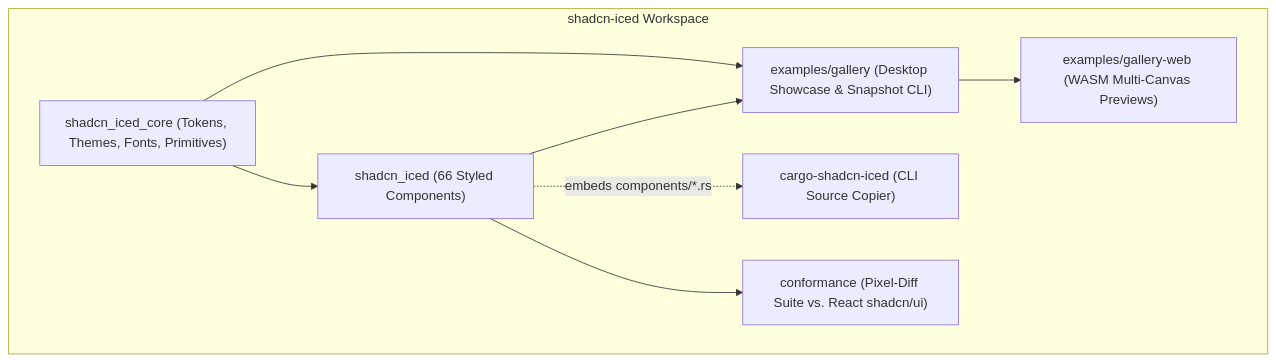
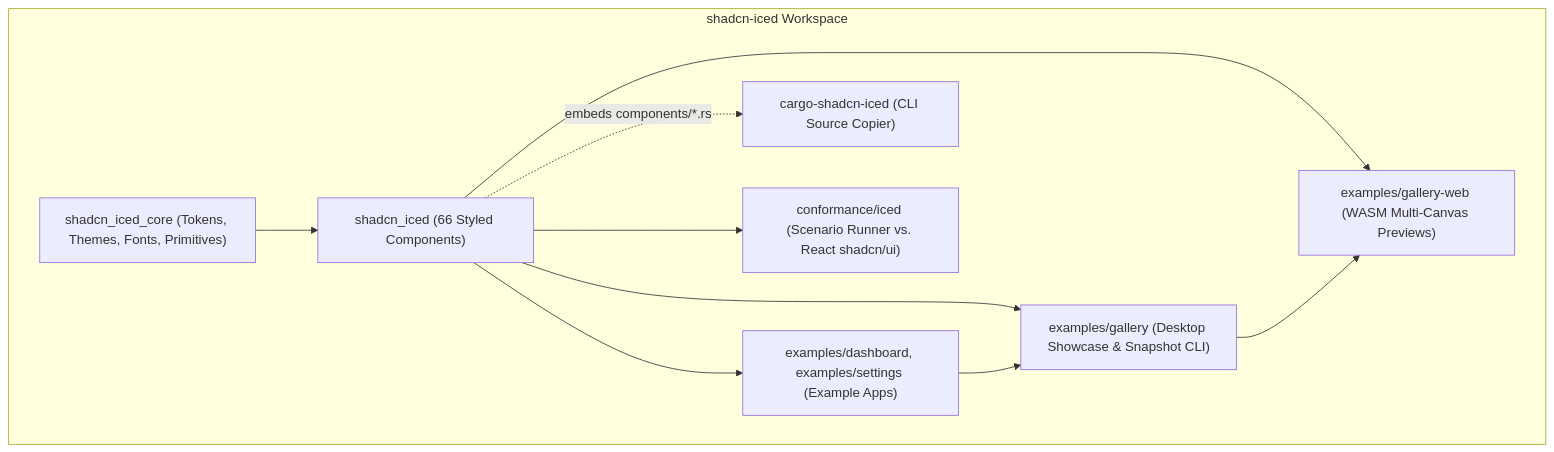
The first of 5 diagrams in docs/architecture.md (r4ai/shadcn-iced), drawn with Mermaid before and after one commit. The commit also changed other lines of this file and 2 other files, not shown here.

````diff
--- a/docs/architecture.md
+++ b/docs/architecture.md
@@ -11,18 +11,21 @@
 ```mermaid
 flowchart TD
     subgraph Workspace["shadcn-iced Workspace"]
         Core["shadcn_iced_core (Tokens, Themes, Fonts, Primitives)"]
         Lib["shadcn_iced (66 Styled Components)"]
         CLI["cargo-shadcn-iced (CLI Source Copier)"]
+        Apps["examples/dashboard, examples/settings (Example Apps)"]
         Gallery["examples/gallery (Desktop Showcase & Snapshot CLI)"]
         Web["examples/gallery-web (WASM Multi-Canvas Previews)"]
-        Conf["conformance (Pixel-Diff Suite vs. React shadcn/ui)"]
+        Conf["conformance/iced (Scenario Runner vs. React shadcn/ui)"]
     end
 
     Core --> Lib
-    Core --> Gallery
+    Lib --> Apps
     Lib --> Gallery
+    Apps --> Gallery
+    Lib --> Web
     Gallery --> Web
     Lib -. "embeds components/*.rs" .-> CLI
     Lib --> Conf
 ```
````
